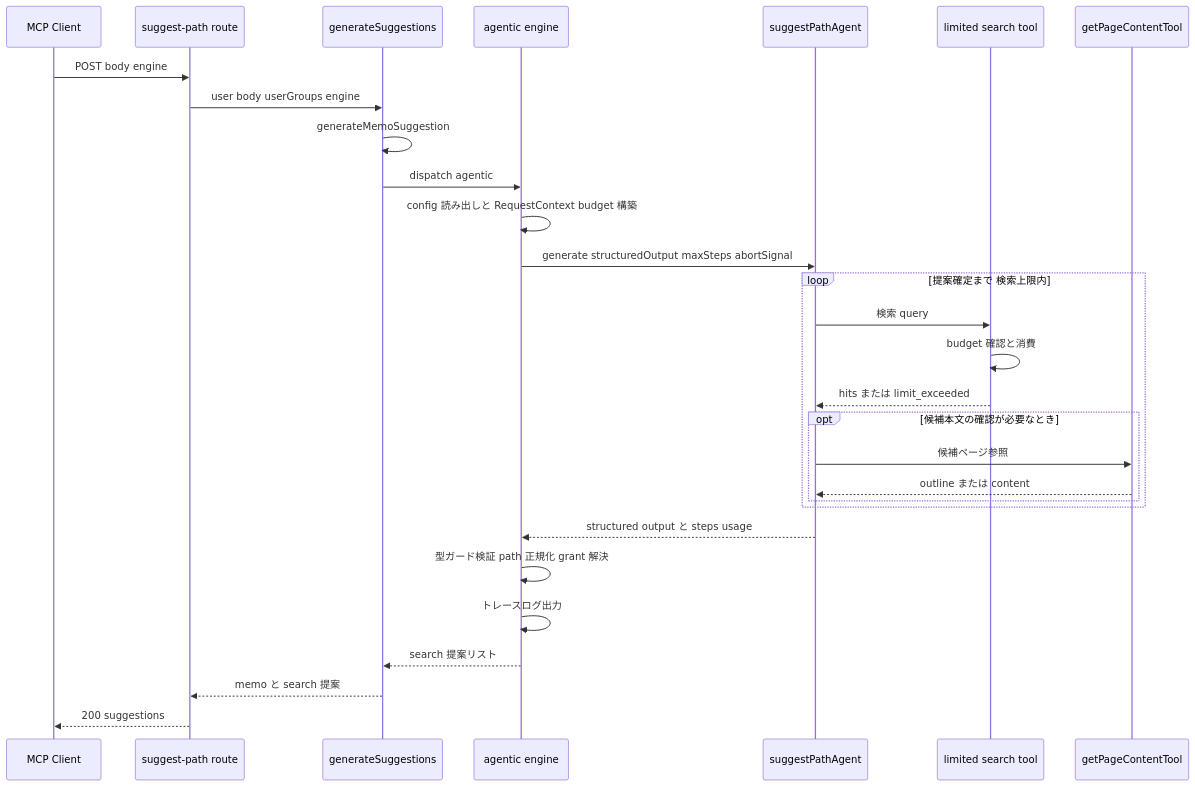
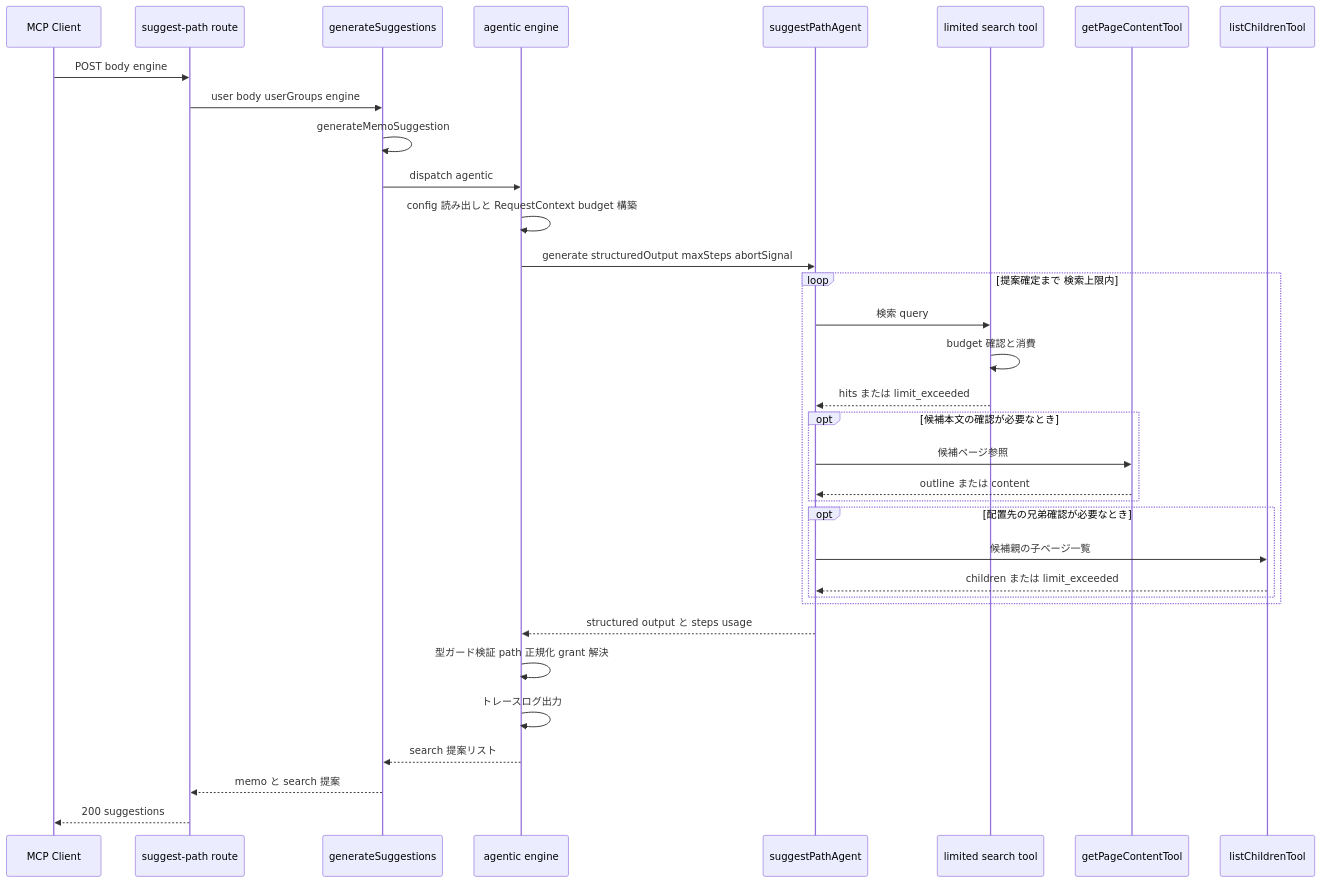
Before and after one commit to growilabs/growi: the second of 2 diagrams in .kiro/specs/suggest-path-agentic/design.md, drawn with Mermaid. The commit also changed other lines of this file and 3 other files, not shown here.

````diff
--- a/.kiro/specs/suggest-path-agentic/design.md
+++ b/.kiro/specs/suggest-path-agentic/design.md
@@ -198,32 +215,37 @@
 ```mermaid
 sequenceDiagram
     participant Client as MCP Client
     participant Route as suggest-path route
     participant Orch as generateSuggestions
     participant Eng as agentic engine
     participant Agent as suggestPathAgent
     participant Search as limited search tool
     participant Page as getPageContentTool
+    participant Children as listChildrenTool
 
     Client->>Route: POST body engine
     Route->>Orch: user body userGroups engine
     Orch->>Orch: generateMemoSuggestion
     Orch->>Eng: dispatch agentic
     Eng->>Eng: config 読み出しと RequestContext budget 構築
     Eng->>Agent: generate structuredOutput maxSteps abortSignal
     loop 提案確定まで 検索上限内
         Agent->>Search: 検索 query
         Search->>Search: budget 確認と消費
         Search-->>Agent: hits または limit_exceeded
         opt 候補本文の確認が必要なとき
             Agent->>Page: 候補ページ参照
             Page-->>Agent: outline または content
         end
+        opt 配置先の兄弟確認が必要なとき
+            Agent->>Children: 候補親の子ページ一覧
+            Children-->>Agent: children または limit_exceeded
+        end
     end
     Agent-->>Eng: structured output と steps usage
     Eng->>Eng: 型ガード検証 path 正規化 grant 解決
     Eng->>Eng: トレースログ出力
     Eng-->>Orch: search 提案リスト
     Orch-->>Route: memo と search 提案
     Route-->>Client: 200 suggestions
 ```
````
